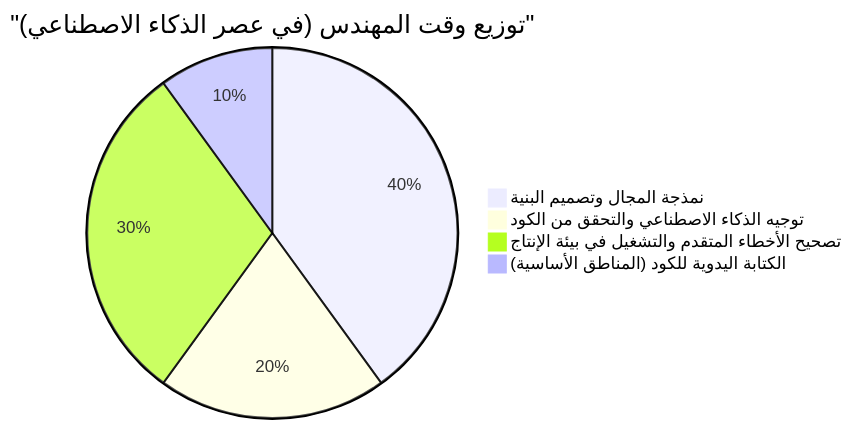
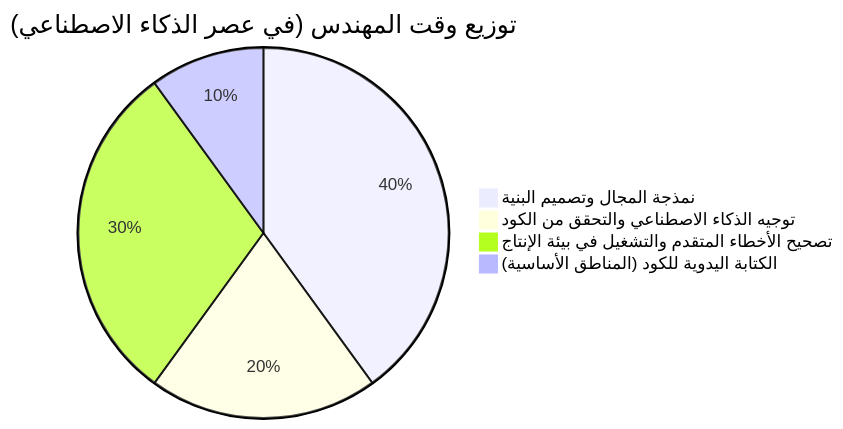
Before and after one commit to kenjinote/blog: the fourth of 4 diagrams in content/post/human_engineer_skills/index.ar.md, drawn with Mermaid. The commit also changed other lines of this file and 703 other files, not shown here.

Commit message:
Fix: Remove quotes from Mermaid link texts and timeline definitions to support Mermaid 11.4.1

````diff
--- a/content/post/human_engineer_skills/index.ar.md
+++ b/content/post/human_engineer_skills/index.ar.md
@@ -190,7 +190,7 @@
 ```mermaid
-pie title "توزيع وقت المهندس (في عصر الذكاء الاصطناعي)"
+pie title توزيع وقت المهندس (في عصر الذكاء الاصطناعي)
   "نمذجة المجال وتصميم البنية": 40
   "توجيه الذكاء الاصطناعي والتحقق من الكود": 20
   "تصحيح الأخطاء المتقدم والتشغيل في بيئة الإنتاج": 30
   "الكتابة اليدوية للكود (المناطق الأساسية)": 10
 ```
````
